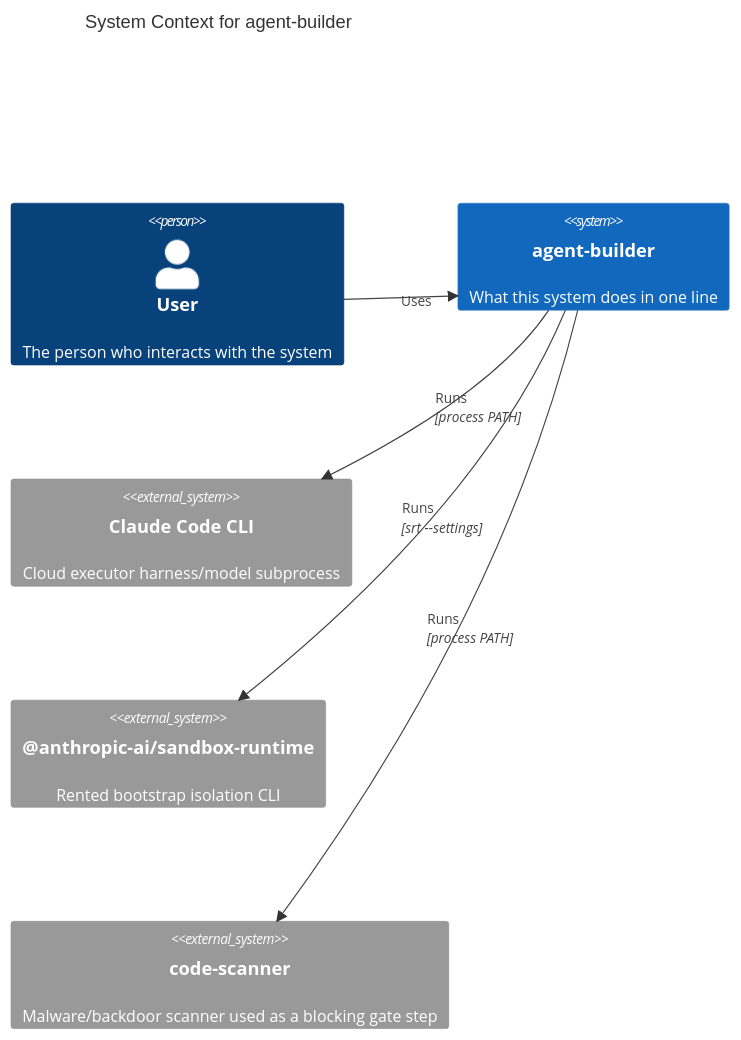
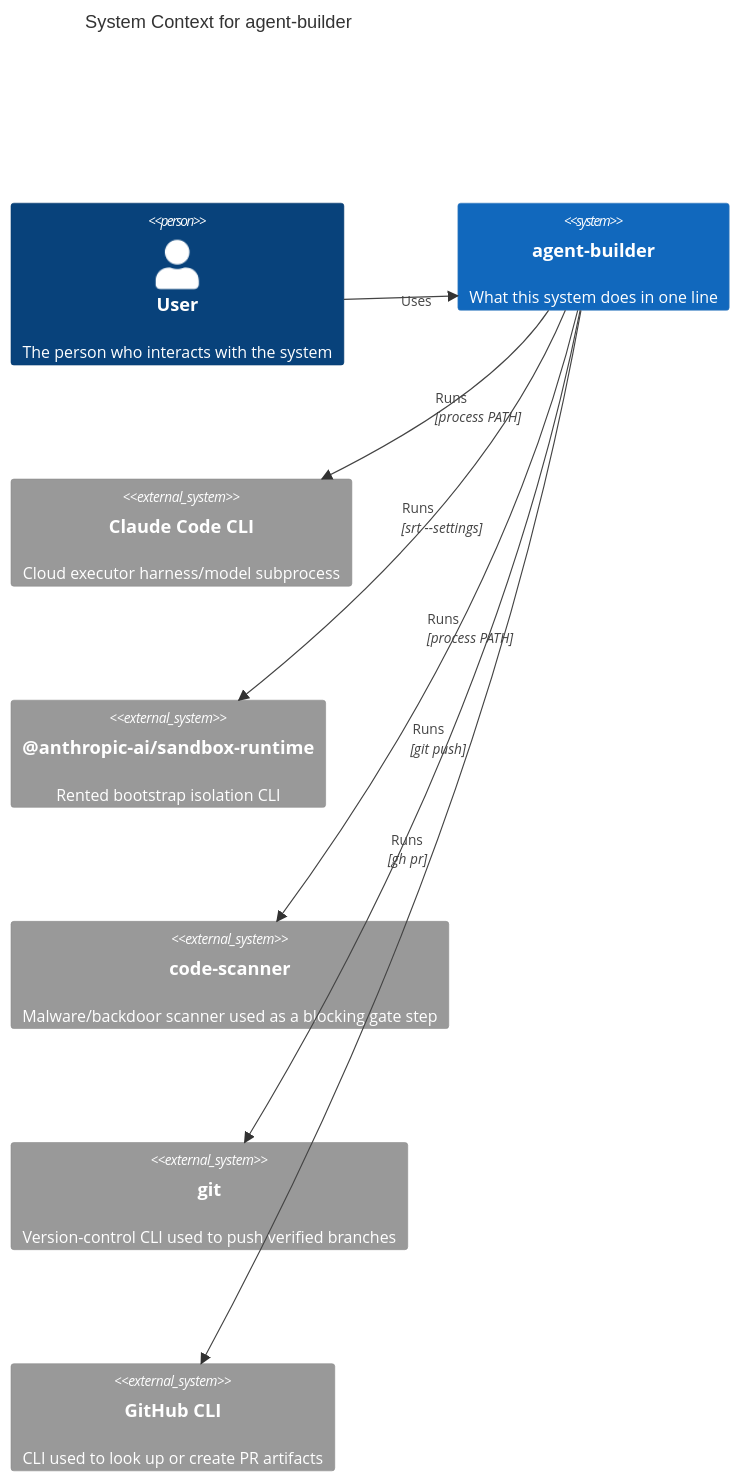
One commit to tkdtaylor/agent-builder changed the first of 4 diagrams in docs/architecture/diagrams.md. Above: the diagram before and after it, drawn with Mermaid. The commit also changed other lines of this file and 13 other files, not shown here.

````diff
--- a/docs/architecture/diagrams.md
+++ b/docs/architecture/diagrams.md
@@ -20,15 +20,19 @@
 ```mermaid
 C4Context
     title System Context for agent-builder
 
     Person(user, "User", "The person who interacts with the system")
     System(system, "agent-builder", "What this system does in one line")
     System_Ext(claudeCLI, "Claude Code CLI", "Cloud executor harness/model subprocess")
     System_Ext(sandboxRuntime, "@anthropic-ai/sandbox-runtime", "Rented bootstrap isolation CLI")
     System_Ext(codeScanner, "code-scanner", "Malware/backdoor scanner used as a blocking gate step")
+    System_Ext(gitCLI, "git", "Version-control CLI used to push verified branches")
+    System_Ext(ghCLI, "GitHub CLI", "CLI used to look up or create PR artifacts")
 
     Rel(user, system, "Uses")
     Rel(system, claudeCLI, "Runs", "process PATH")
     Rel(system, sandboxRuntime, "Runs", "srt --settings")
     Rel(system, codeScanner, "Runs", "process PATH")
+    Rel(system, gitCLI, "Runs", "git push")
+    Rel(system, ghCLI, "Runs", "gh pr")
 ```
````
